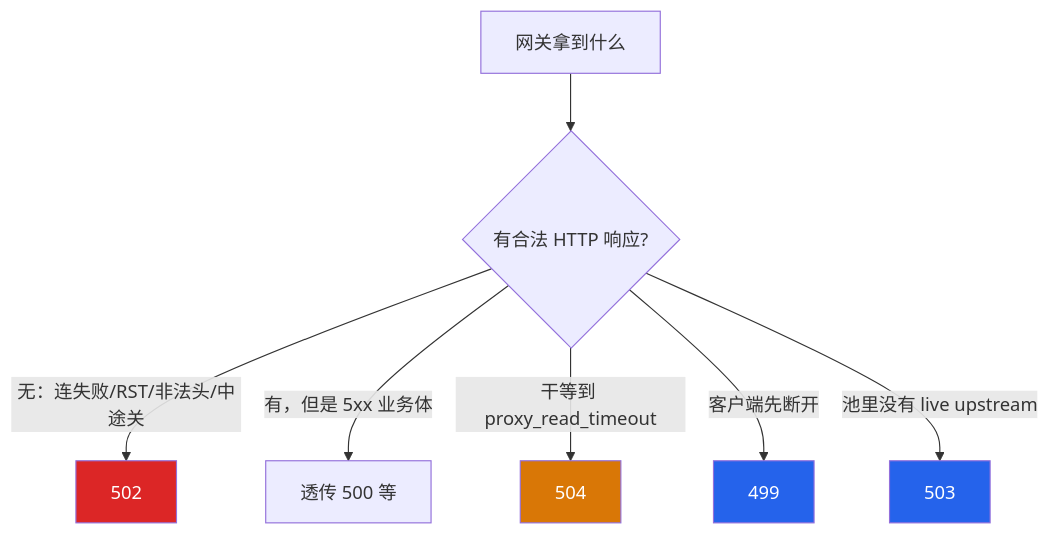
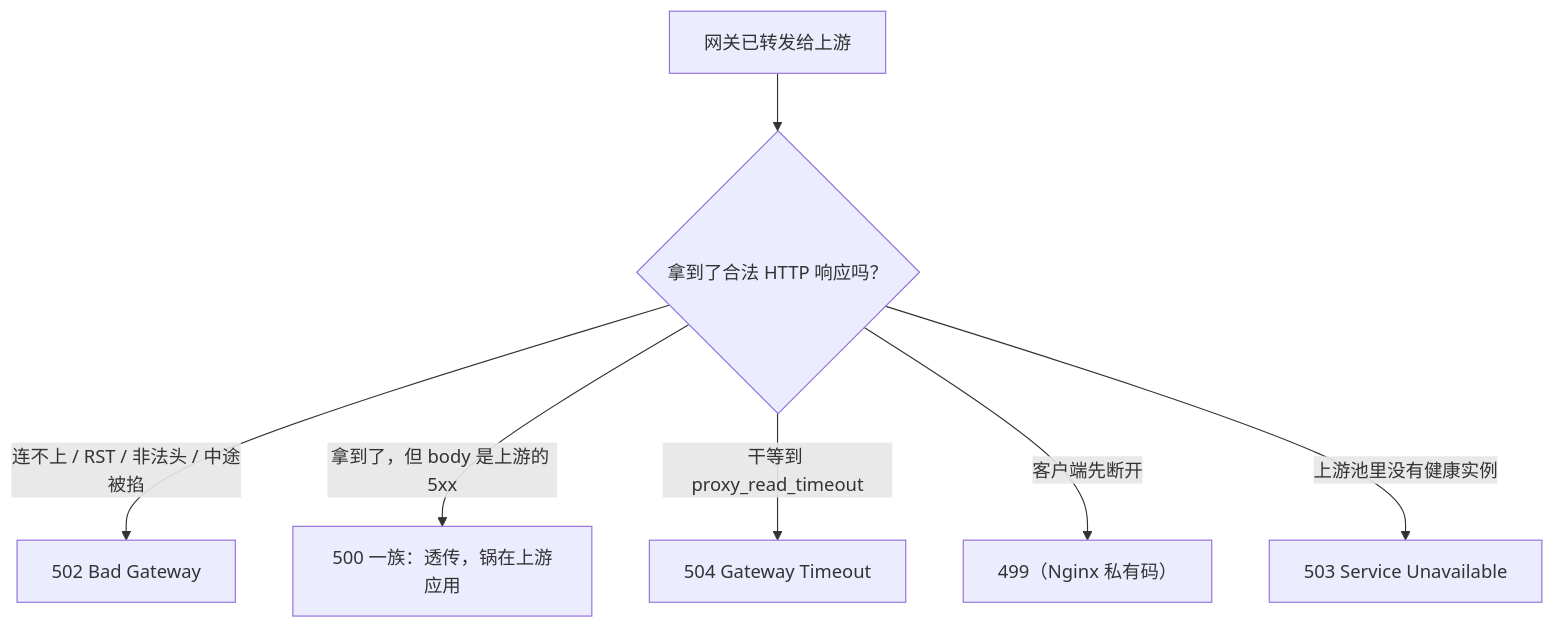
One commit to ml-cuizijun/LearnToLilith changed the sixth of 8 diagrams in 01-基础底座/14-HTTP与TLS/知识点.md. Above: the diagram before and after it, drawn with Mermaid. The commit also changed other lines of this file and 470 other files, not shown here.

````diff
--- a/01-基础底座/14-HTTP与TLS/知识点.md
+++ b/01-基础底座/14-HTTP与TLS/知识点.md
@@ -405,16 +281,9 @@
 ```mermaid
 flowchart TB
-    A[网关拿到什么] --> B{有合法 HTTP 响应?}
-    B -->|无：连失败/RST/非法头/中途关| C[502]
-    B -->|有，但是 5xx 业务体| D[透传 500 等]
-    B -->|干等到 proxy_read_timeout| E[504]
-    B -->|客户端先断开| F[499]
-    B -->|池里没有 live upstream| G[503]
-
-    classDef a fill:#DC2626,color:#fff
-    classDef b fill:#D97706,color:#fff
-    classDef c fill:#2563EB,color:#fff
-    class C a
-    class E b
-    class F,G c
+    A["网关已转发给上游"] --> B{"拿到了合法 HTTP 响应吗？"}
+    B -->|"连不上 / RST / 非法头 / 中途被掐"| C["502 Bad Gateway"]
+    B -->|"拿到了，但 body 是上游的 5xx"| D["500 一族：透传，锅在上游应用"]
+    B -->|"干等到 proxy_read_timeout"| E["504 Gateway Timeout"]
+    B -->|"客户端先断开"| F["499（Nginx 私有码）"]
+    B -->|"上游池里没有健康实例"| G["503 Service Unavailable"]
 ```
````
